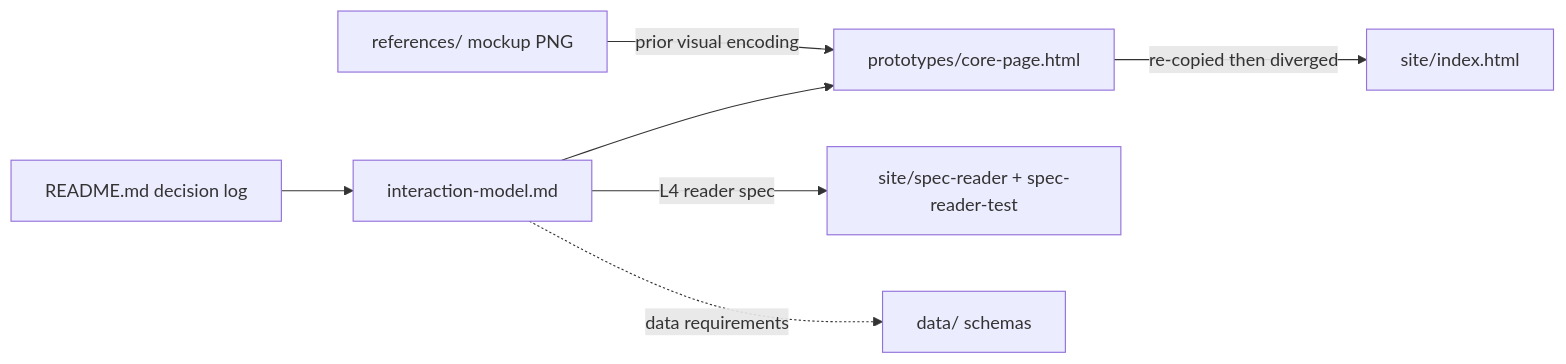
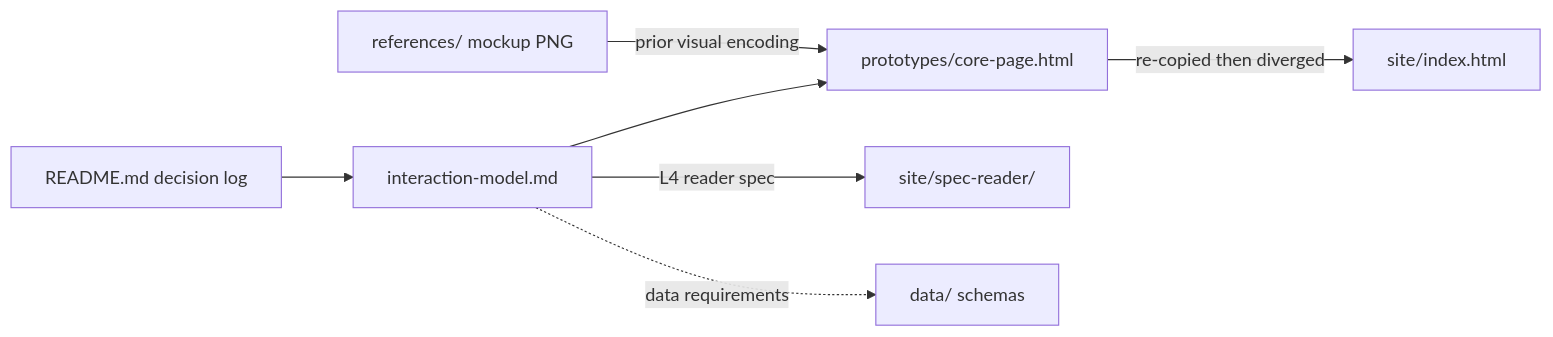
Before and after one commit to AndresCotton/ai-character-index: the diagram in design/OVERVIEW.md, drawn with Mermaid. The commit also changed other lines of this file and 30 other files, not shown here.

````diff
--- a/design/OVERVIEW.md
+++ b/design/OVERVIEW.md
@@ -20,9 +20,9 @@
 ```mermaid
 graph LR
   LOG["README.md decision log"] --> IM["interaction-model.md"]
   IM --> PROTO["prototypes/core-page.html"]
   REF["references/ mockup PNG"] -->|prior visual encoding| PROTO
   PROTO -->|re-copied then diverged| IDX["site/index.html"]
-  IM -->|L4 reader spec| SR["site/spec-reader + spec-reader-test"]
+  IM -->|L4 reader spec| SR["site/spec-reader/"]
   IM -.->|data requirements| DATA["data/ schemas"]
 ```
````
